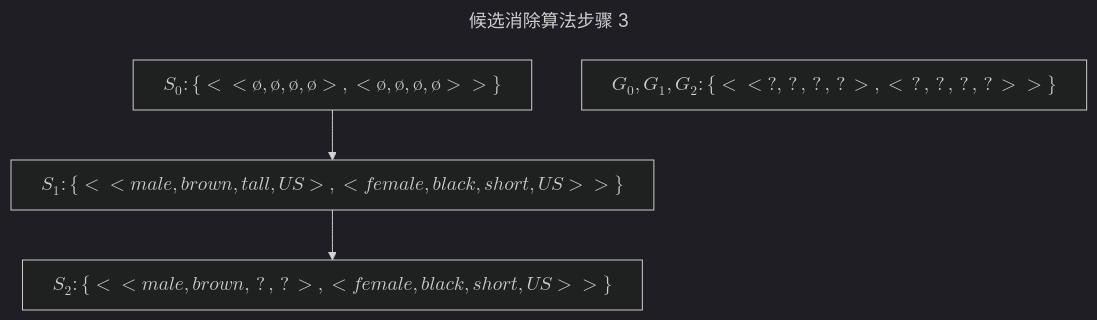
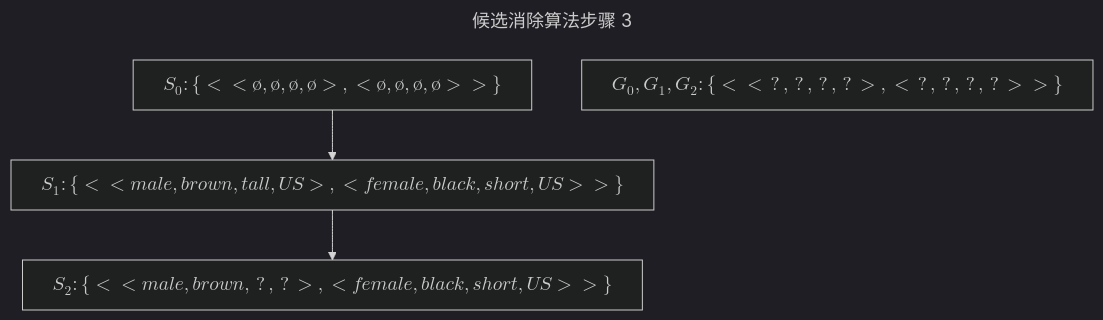
The third of 5 diagrams in src/posts/第二章 概念学习和一般到特殊序/2.5.md (Jeff-Tian/ml), drawn with Mermaid (dark theme) before and after one commit. The commit also changed other lines of this file, not shown here.

````diff
--- a/src/posts/第二章 概念学习和一般到特殊序/2.5.md
+++ b/src/posts/第二章 概念学习和一般到特殊序/2.5.md
@@ -71,10 +72,10 @@
     ```mermaid
     ---
     title: 候选消除算法步骤 3
     ---
     graph TD
         s0[$$S_0: \lbrace \lt \lt ø, ø, ø, ø \gt, \lt ø, ø, ø, ø\gt \gt \rbrace $$]-->
         s1[$$S_1: \lbrace \lt \lt male,brown,tall,US\gt, \lt female,black,short,US\gt \gt \rbrace$$]-->
         s2[$$S_2: \lbrace \lt \lt male,brown,?,? \gt, \lt female,black,short,US \gt \gt \rbrace$$]
-        g0[$$G_0, G_1, G_2: \lbrace \lt \lt \text ?, ?, ?, ?\gt , \lt ?, ?, ?, ? \gt \gt \rbrace $$]
+        g0[$$G_0, G_1, G_2: \lbrace \lt \lt ?, ?, ?, ?\gt , \lt ?, ?, ?, ? \gt \gt \rbrace $$]
     ```
````
